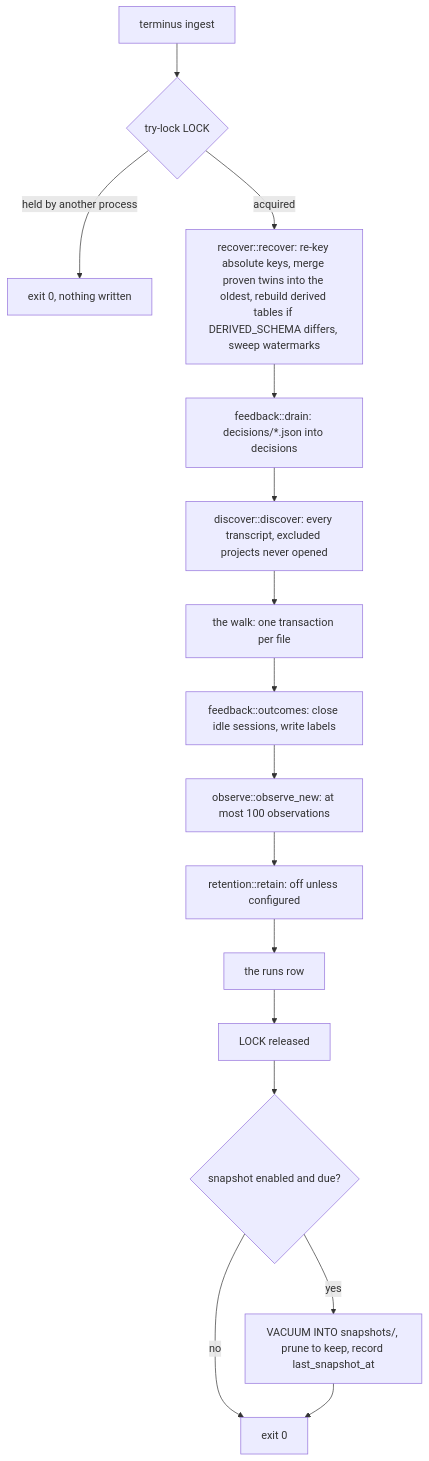
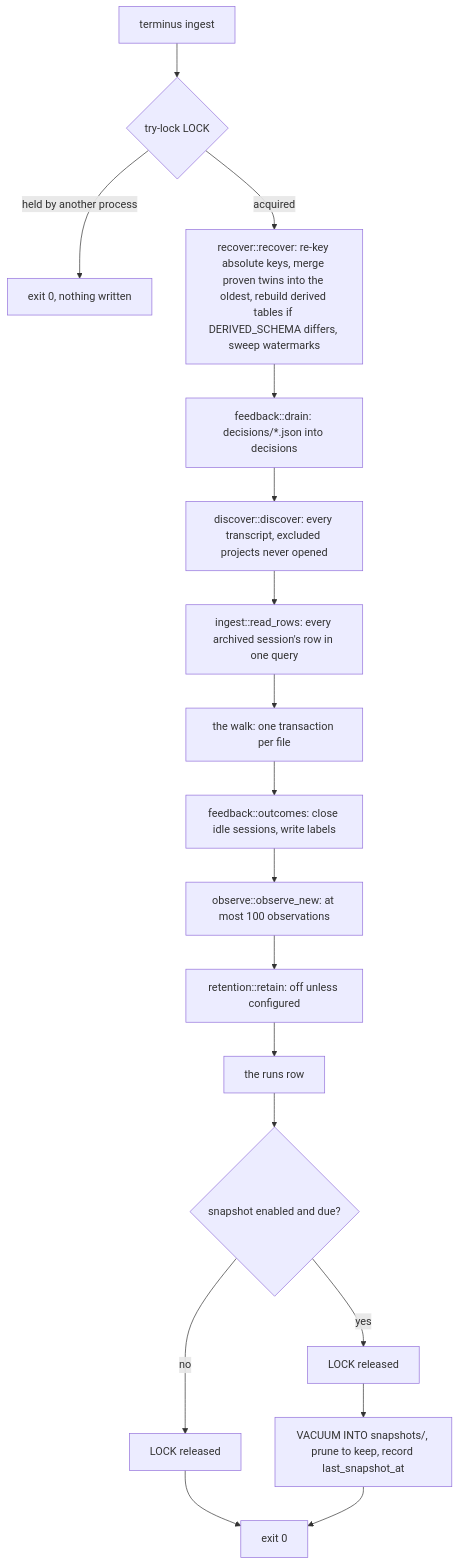
The first of 3 diagrams in docs/design/0003-ingest.md (jcrenshaw-dev/terminus), drawn with Mermaid before and after one commit. The commit also changed other lines of this file and 15 other files, not shown here.

````diff
--- a/docs/design/0003-ingest.md
+++ b/docs/design/0003-ingest.md
@@ -152,18 +152,20 @@
 ```mermaid
 flowchart TD
   S["terminus ingest"] --> L{"try-lock LOCK"}
   L -->|"held by another process"| X["exit 0, nothing written"]
   L -->|"acquired"| R["recover::recover: re-key absolute keys, merge proven twins into the oldest, rebuild derived tables if DERIVED_SCHEMA differs, sweep watermarks"]
   R --> D["feedback::drain: decisions/*.json into decisions"]
   D --> F["discover::discover: every transcript, excluded projects never opened"]
-  F --> W["the walk: one transaction per file"]
+  F --> RR["ingest::read_rows: every archived session's row in one query"]
+  RR --> W["the walk: one transaction per file"]
   W --> O["feedback::outcomes: close idle sessions, write labels"]
   O --> B["observe::observe_new: at most 100 observations"]
   B --> T["retention::retain: off unless configured"]
   T --> N["the runs row"]
-  N --> U["LOCK released"]
-  U --> P{"snapshot enabled and due?"}
-  P -->|"yes"| V["VACUUM INTO snapshots/, prune to keep, record last_snapshot_at"]
-  P -->|"no"| E["exit 0"]
+  N --> P{"snapshot enabled and due?"}
+  P -->|"yes"| U["LOCK released"]
+  U --> V["VACUUM INTO snapshots/, prune to keep, record last_snapshot_at"]
+  P -->|"no"| Q["LOCK released"]
+  Q --> E["exit 0"]
   V --> E
 ```
````
